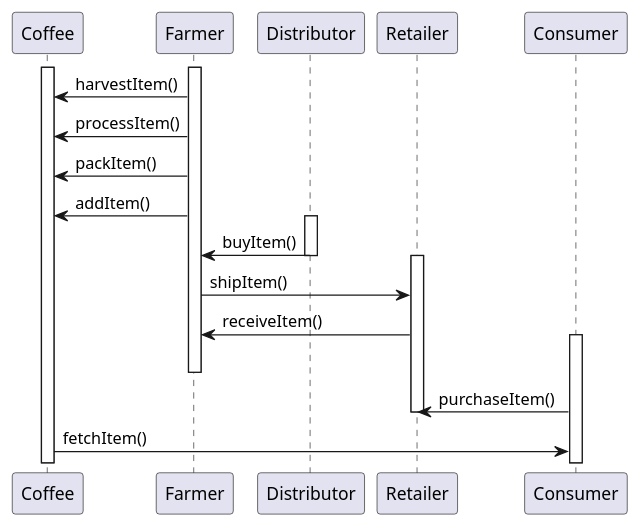
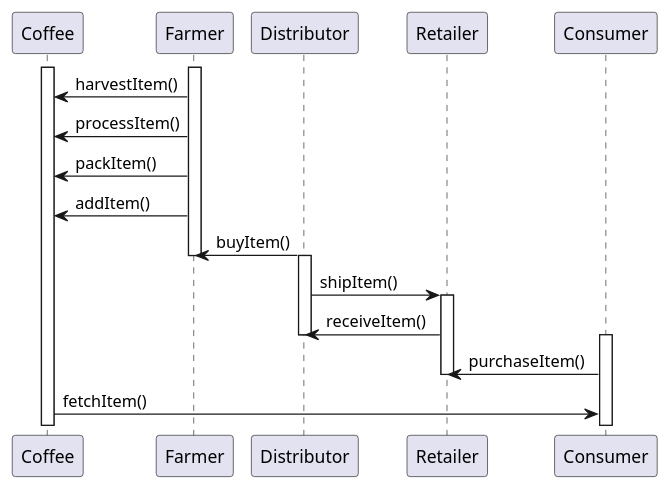
The diagram in documentation/uml/sequence.puml (LiewJunTung/CoffeeSupplyChain), drawn with PlantUML before and after one commit. The commit also changed 4 other files, not shown here.

Commit message:
docs: :memo: fix uml

```diff
--- a/documentation/uml/sequence.puml
+++ b/documentation/uml/sequence.puml
@@ -1,26 +1,26 @@
 @startuml
 
 participant Coffee as coffee
 participant Farmer as farmer
 participant Distributor as distributor
 participant Retailer as retailer
 participant Consumer as consumer
 
 activate coffee
 activate farmer
 farmer->coffee: harvestItem()
 farmer->coffee: processItem()
 farmer->coffee: packItem()
 farmer->coffee: addItem()
+distributor->farmer: buyItem()
+deactivate farmer
 activate distributor
-distributor->farmer: buyItem()
+distributor->retailer: shipItem()
+activate retailer
+retailer->distributor: receiveItem()
 deactivate distributor
-activate retailer
-farmer->retailer: shipItem()
-retailer->farmer: receiveItem()
 activate consumer
-deactivate farmer
 consumer->retailer: purchaseItem()
 deactivate retailer
 coffee->consumer: fetchItem()
 @enduml
```
